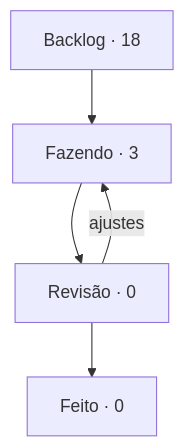
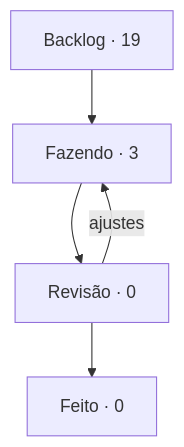
One commit to StudioVibi/VibiKanban changed the diagram in boards/dungeon-bend/BOARD.md. Above: the diagram before and after it, drawn with Mermaid. The commit also changed other lines of this file and 2 other files, not shown here.

````diff
--- a/boards/dungeon-bend/BOARD.md
+++ b/boards/dungeon-bend/BOARD.md
@@ -5,10 +5,10 @@
 ```mermaid
 flowchart TD
-  backlog["Backlog · 18"] --> doing["Fazendo · 3"]
+  backlog["Backlog · 19"] --> doing["Fazendo · 3"]
   doing --> review["Revisão · 0"]
   review --> done["Feito · 0"]
   review -->|ajustes| doing
   doing:::blue
   review:::yellow
   done:::green
 ```
````
